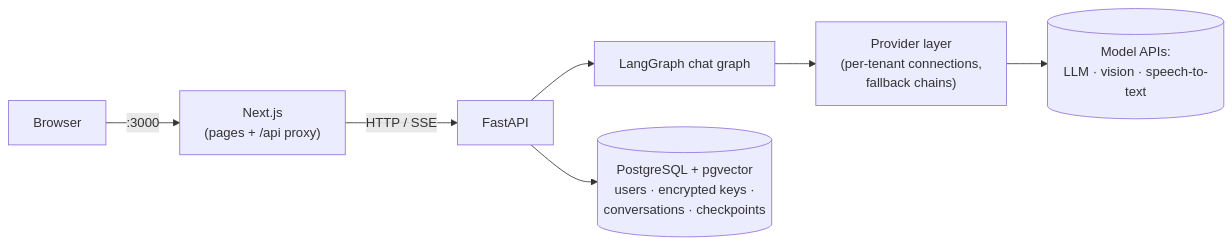
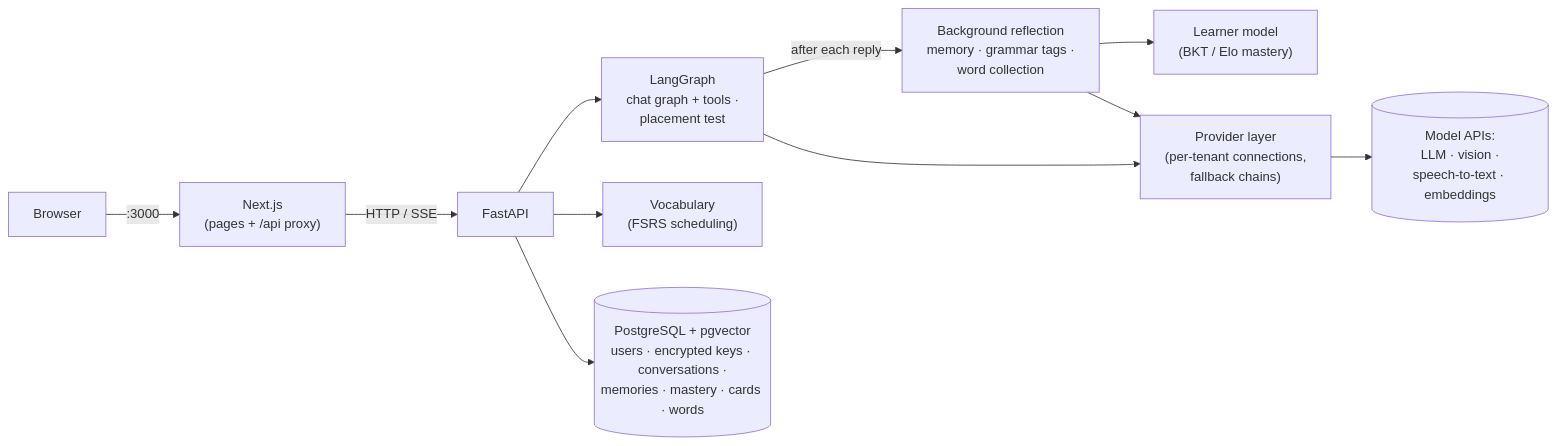
One commit to YangD1/lingo-agent changed the diagram in README.md. Above: the diagram before and after it, drawn with Mermaid. The commit also changed other lines of this file and 3 other files, not shown here.

````diff
--- a/README.md
+++ b/README.md
@@ -97,9 +118,13 @@
 ```mermaid
 flowchart LR
     B[Browser] -->|:3000| F["Next.js<br/>(pages + /api proxy)"]
     F -->|"HTTP / SSE"| A[FastAPI]
-    A --> G[LangGraph chat graph]
+    A --> G["LangGraph<br/>chat graph + tools ·<br/>placement test"]
+    G -->|"after each reply"| R["Background reflection<br/>memory · grammar tags ·<br/>word collection"]
+    R --> L["Learner model<br/>(BKT / Elo mastery)"]
+    A --> V["Vocabulary<br/>(FSRS scheduling)"]
     G --> P["Provider layer<br/>(per-tenant connections,<br/>fallback chains)"]
-    P --> M[("Model APIs:<br/>LLM · vision · speech-to-text")]
-    A --> D[("PostgreSQL + pgvector<br/>users · encrypted keys ·<br/>conversations · checkpoints")]
+    R --> P
+    P --> M[("Model APIs:<br/>LLM · vision ·<br/>speech-to-text · embeddings")]
+    A --> D[("PostgreSQL + pgvector<br/>users · encrypted keys · conversations ·<br/>memories · mastery · cards · words")]
 ```
````
